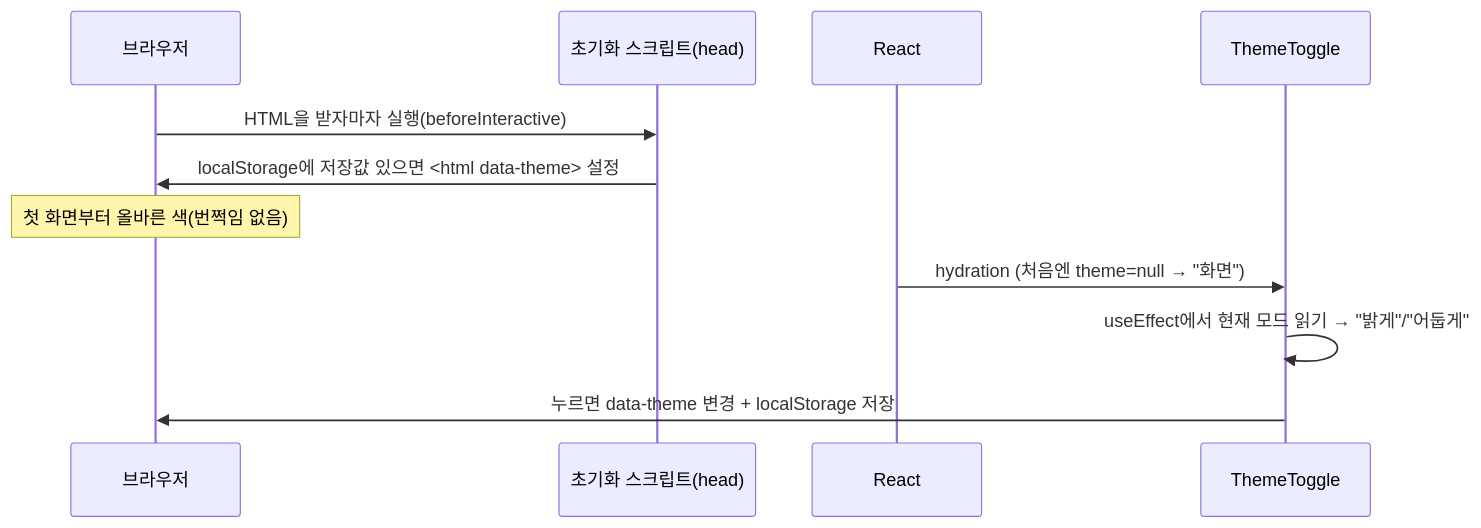
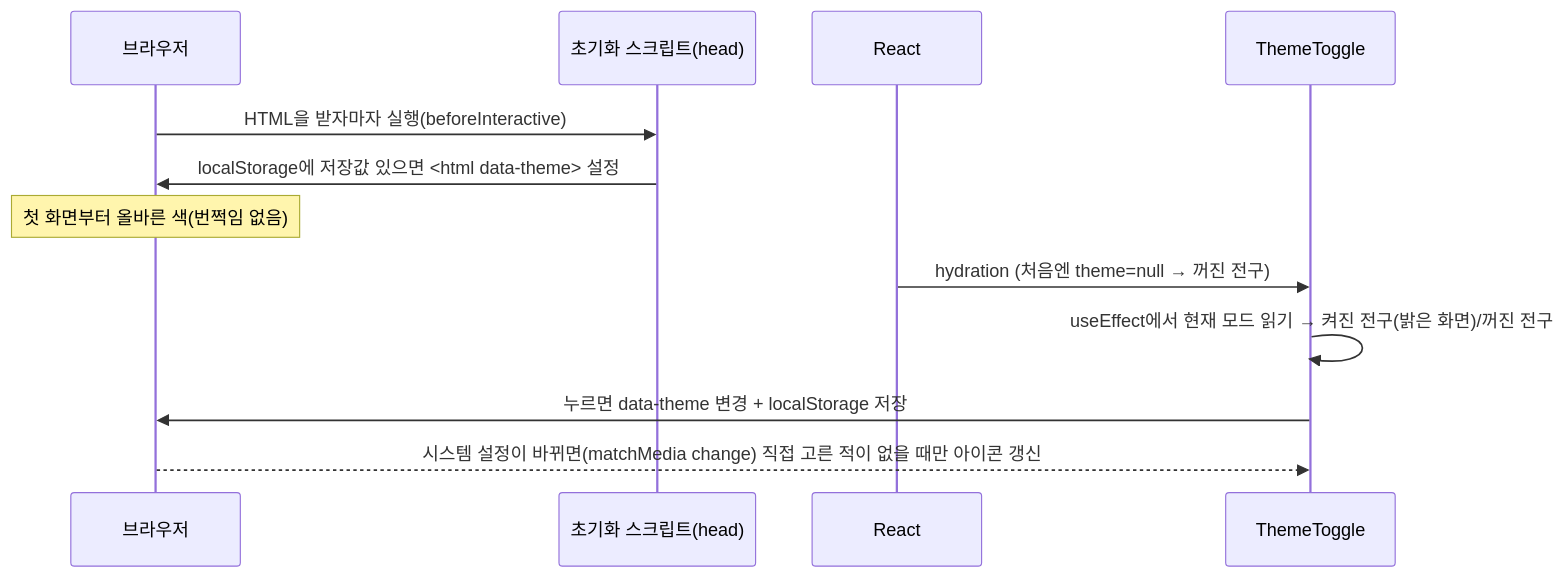
One commit to arqhive/arqhive-web changed diagram 15 of 16 in docs/learning/app-flow.md. Above: the diagram before and after it, drawn with Mermaid. The commit also changed other lines of this file and 32 other files, not shown here.

````diff
--- a/docs/learning/app-flow.md
+++ b/docs/learning/app-flow.md
@@ -308,13 +311,14 @@
 ```mermaid
 sequenceDiagram
   participant B as 브라우저
   participant S as 초기화 스크립트(head)
   participant R as React
   participant T as ThemeToggle
   B->>S: HTML을 받자마자 실행(beforeInteractive)
   S->>B: localStorage에 저장값 있으면 <html data-theme> 설정
   Note over B: 첫 화면부터 올바른 색(번쩍임 없음)
-  R->>T: hydration (처음엔 theme=null → "화면")
-  T->>T: useEffect에서 현재 모드 읽기 → "밝게"/"어둡게"
+  R->>T: hydration (처음엔 theme=null → 꺼진 전구)
+  T->>T: useEffect에서 현재 모드 읽기 → 켜진 전구(밝은 화면)/꺼진 전구
   T->>B: 누르면 data-theme 변경 + localStorage 저장
+  B-->>T: 시스템 설정이 바뀌면(matchMedia change) 직접 고른 적이 없을 때만 아이콘 갱신
 ```
````
